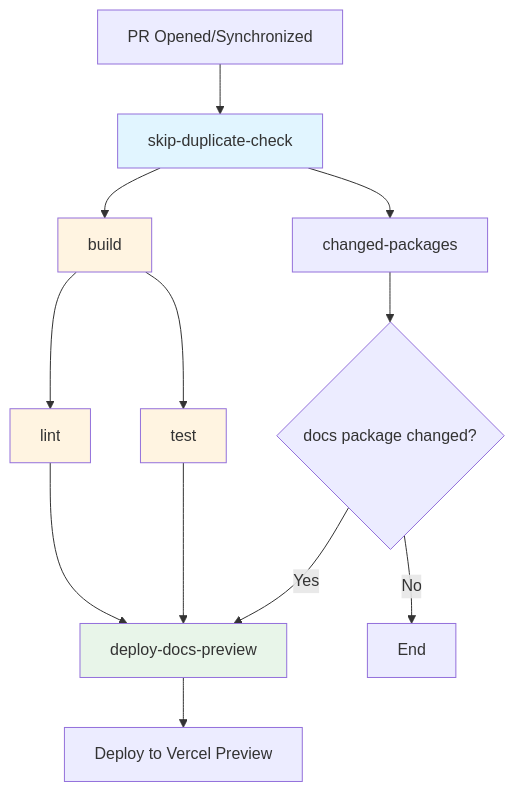
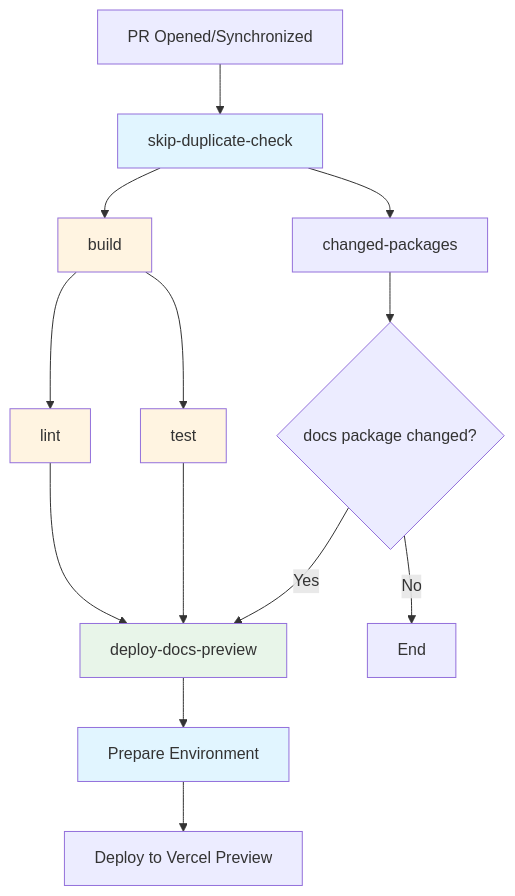
The first of 4 diagrams in .github/CI_CD_README.md (o2sdev/openselfservice), drawn with Mermaid before and after one commit. The commit also changed other lines of this file and 4 other files, not shown here.

````diff
--- a/.github/CI_CD_README.md
+++ b/.github/CI_CD_README.md
@@ -9,20 +9,22 @@
 ```mermaid
 graph TD
     A[PR Opened/Synchronized] --> B[skip-duplicate-check]
     B --> C[changed-packages]
     B --> D[build]
     C --> E{docs package changed?}
     D --> F[lint]
     D --> G[test]
     F --> H[deploy-docs-preview]
     G --> H
     E -->|Yes| H
     E -->|No| I[End]
-    H --> J[Deploy to Vercel Preview]
+    H --> J[Prepare Environment]
+    J --> K[Deploy to Vercel Preview]
 
     style B fill:#e1f5ff
     style D fill:#fff4e1
     style F fill:#fff4e1
     style G fill:#fff4e1
     style H fill:#e8f5e9
+    style J fill:#e1f5ff
 ```
````
